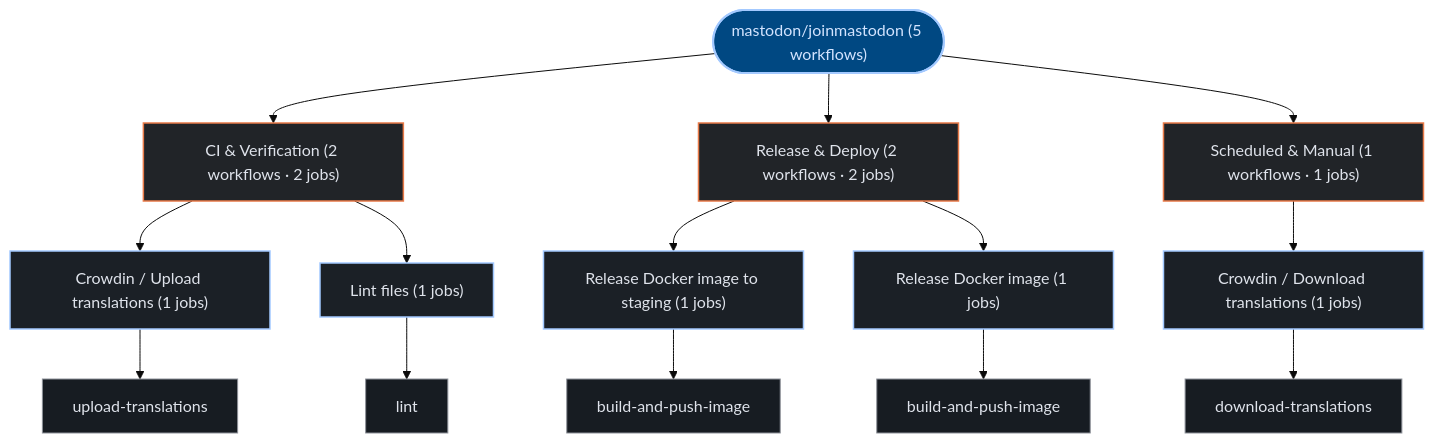
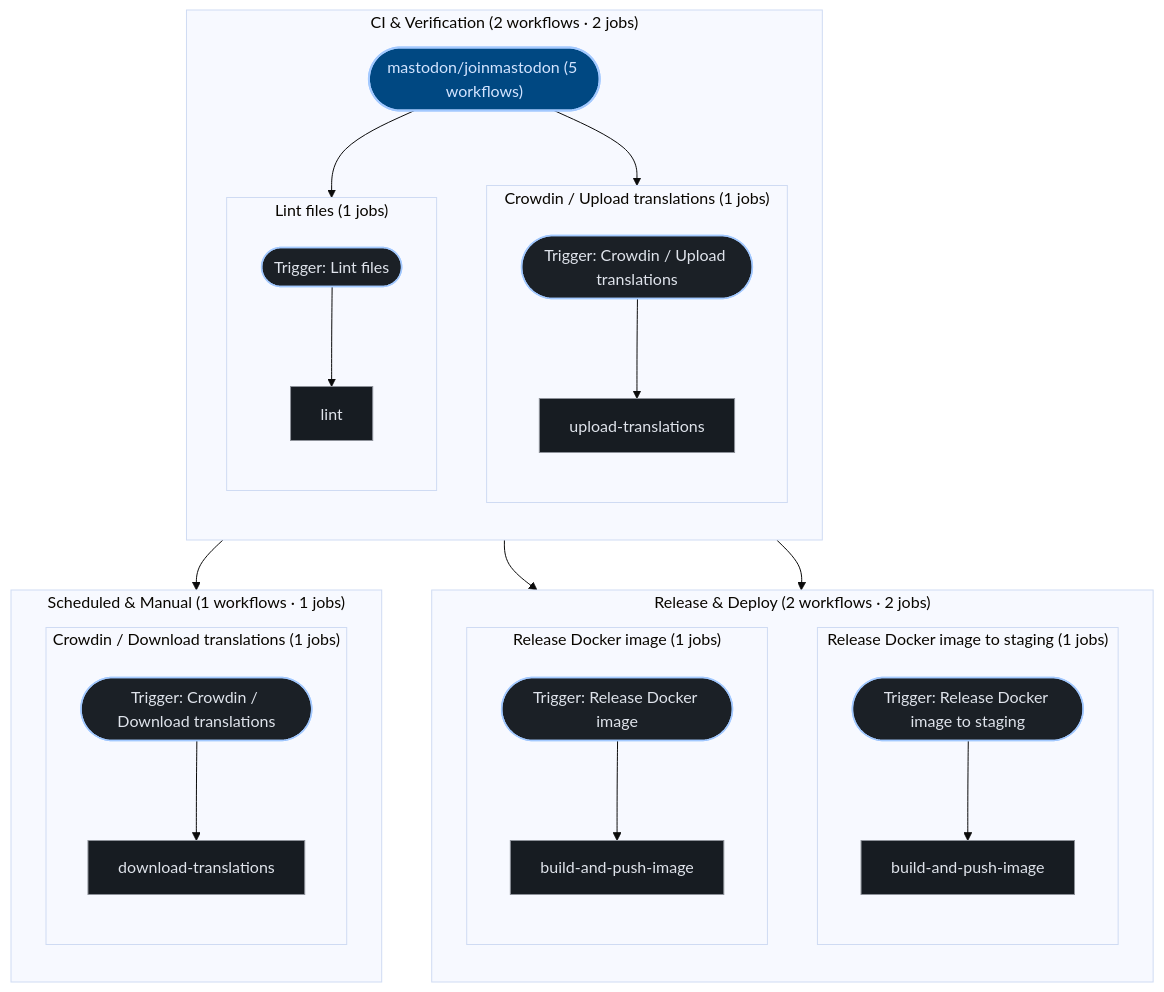
The third of 3 diagrams in exports/latest/reports/mastodon-joinmastodon-report.md (kumarshaz/atruss-code-atlas), drawn with Mermaid (base theme) before and after one commit. The commit also changed 181 other files, not shown here.

````diff
--- a/exports/latest/reports/mastodon-joinmastodon-report.md
+++ b/exports/latest/reports/mastodon-joinmastodon-report.md
@@ -202,37 +202,55 @@
 ```mermaid
 graph TD;
   classDef atlasRoot fill:#004882,stroke:#a3c9ff,stroke-width:2px,color:#d3e4ff
   classDef atlasCategory fill:#212428,stroke:#E87A48,stroke-width:1.5px,color:#dfe3eb
   classDef atlasWorkflow fill:#1b2026,stroke:#a3c9ff,stroke-width:1.5px,color:#dfe3eb
   classDef atlasJob fill:#171c22,stroke:#8d9199,stroke-width:1px,color:#dfe3eb
   classDef atlasTarget fill:#005227,stroke:#8bd99b,stroke-width:1.5px,color:#a7f6b6
   classDef atlasAlert fill:#93000a,stroke:#ffb4ab,stroke-width:1.5px,color:#ffdad6
   classDef atlasMore fill:#252a31,stroke:#8d9199,stroke-dasharray:4 4,color:#c3c6cf
   pipeline_root(["mastodon/joinmastodon (5 workflows)"]):::atlasRoot
-  grp_0_CI___Verification["CI & Verification (2 workflows · 2 jobs)"]:::atlasCategory
-  pipeline_root --> grp_0_CI___Verification
-  wf_1_Crowdin___Upload_translations["Crowdin / Upload translations (1 jobs)"]:::atlasWorkflow
-  grp_0_CI___Verification --> wf_1_Crowdin___Upload_translations
-  job_1_upload_translations["upload-translations"]:::atlasJob
-  wf_1_Crowdin___Upload_translations --> job_1_upload_translations
-  wf_2_Lint_files["Lint files (1 jobs)"]:::atlasWorkflow
-  grp_0_CI___Verification --> wf_2_Lint_files
-  job_2_lint["lint"]:::atlasJob
-  wf_2_Lint_files --> job_2_lint
-  grp_1_Release___Deploy["Release & Deploy (2 workflows · 2 jobs)"]:::atlasCategory
-  pipeline_root --> grp_1_Release___Deploy
-  wf_3_Release_Docker_image_to_staging["Release Docker image to staging (1 jobs)"]:::atlasWorkflow
-  grp_1_Release___Deploy --> wf_3_Release_Docker_image_to_staging
-  job_3_build_and_push_image["build-and-push-image"]:::atlasJob
-  wf_3_Release_Docker_image_to_staging --> job_3_build_and_push_image
-  wf_4_Release_Docker_image["Release Docker image (1 jobs)"]:::atlasWorkflow
-  grp_1_Release___Deploy --> wf_4_Release_Docker_image
-  job_4_build_and_push_image["build-and-push-image"]:::atlasJob
-  wf_4_Release_Docker_image --> job_4_build_and_push_image
-  grp_2_Scheduled___Manual["Scheduled & Manual (1 workflows · 1 jobs)"]:::atlasCategory
-  pipeline_root --> grp_2_Scheduled___Manual
-  wf_0_Crowdin___Download_translations["Crowdin / Download translations (1 jobs)"]:::atlasWorkflow
-  grp_2_Scheduled___Manual --> wf_0_Crowdin___Download_translations
-  job_0_download_translations["download-translations"]:::atlasJob
-  wf_0_Crowdin___Download_translations --> job_0_download_translations
+  subgraph sg_grp_0_CI___Verification["CI & Verification (2 workflows · 2 jobs)"]
+    direction TB
+    subgraph sg_wf_1_Crowdin___Upload_translations["Crowdin / Upload translations (1 jobs)"]
+      direction TB
+      wf_1_Crowdin___Upload_translations(["Trigger: Crowdin / Upload translations"]):::atlasWorkflow
+      job_1_upload_translations["upload-translations"]:::atlasJob
+      wf_1_Crowdin___Upload_translations --> job_1_upload_translations
+    end
+    pipeline_root --> wf_1_Crowdin___Upload_translations
+    subgraph sg_wf_2_Lint_files["Lint files (1 jobs)"]
+      direction TB
+      wf_2_Lint_files(["Trigger: Lint files"]):::atlasWorkflow
+      job_2_lint["lint"]:::atlasJob
+      wf_2_Lint_files --> job_2_lint
+    end
+    pipeline_root --> wf_2_Lint_files
+  end
+  subgraph sg_grp_1_Release___Deploy["Release & Deploy (2 workflows · 2 jobs)"]
+    direction TB
+    subgraph sg_wf_3_Release_Docker_image_to_staging["Release Docker image to staging (1 jobs)"]
+      direction TB
+      wf_3_Release_Docker_image_to_staging(["Trigger: Release Docker image to staging"]):::atlasWorkflow
+      job_3_build_and_push_image["build-and-push-image"]:::atlasJob
+      wf_3_Release_Docker_image_to_staging --> job_3_build_and_push_image
+    end
+    pipeline_root --> wf_3_Release_Docker_image_to_staging
+    subgraph sg_wf_4_Release_Docker_image["Release Docker image (1 jobs)"]
+      direction TB
+      wf_4_Release_Docker_image(["Trigger: Release Docker image"]):::atlasWorkflow
+      job_4_build_and_push_image["build-and-push-image"]:::atlasJob
+      wf_4_Release_Docker_image --> job_4_build_and_push_image
+    end
+    pipeline_root --> wf_4_Release_Docker_image
+  end
+  subgraph sg_grp_2_Scheduled___Manual["Scheduled & Manual (1 workflows · 1 jobs)"]
+    direction TB
+    subgraph sg_wf_0_Crowdin___Download_translations["Crowdin / Download translations (1 jobs)"]
+      direction TB
+      wf_0_Crowdin___Download_translations(["Trigger: Crowdin / Download translations"]):::atlasWorkflow
+      job_0_download_translations["download-translations"]:::atlasJob
+      wf_0_Crowdin___Download_translations --> job_0_download_translations
+    end
+    pipeline_root --> wf_0_Crowdin___Download_translations
+  end
 ```
````
